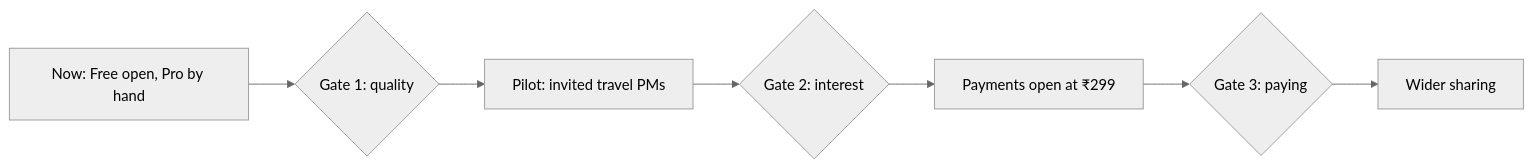
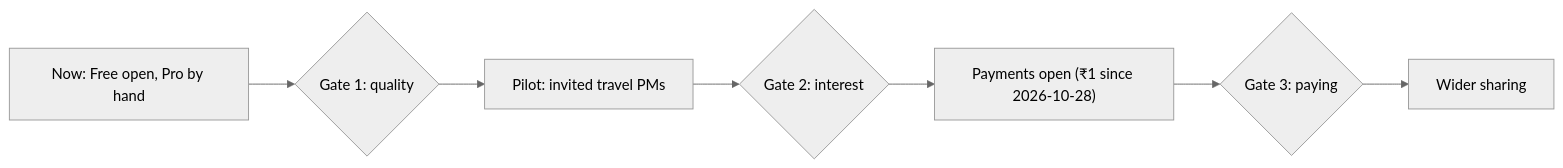
Before and after one commit to bhawnamanglapm/travel-problem-radar-case-study: the diagram in pm/05-business-case-and-launch/go-to-market.md, drawn with Mermaid (neutral theme). The commit also changed other lines of this file and 3 other files, not shown here.

````diff
--- a/pm/05-business-case-and-launch/go-to-market.md
+++ b/pm/05-business-case-and-launch/go-to-market.md
@@ -68,9 +69,9 @@
 ```mermaid
 flowchart LR
   S0["Now: Free open, Pro by hand"] --> G1{"Gate 1: quality"}
   G1 --> S1["Pilot: invited travel PMs"]
   S1 --> G2{"Gate 2: interest"}
-  G2 --> S2["Payments open at ₹299"]
+  G2 --> S2["Payments open (₹1 since 2026-10-28)"]
   S2 --> G3{"Gate 3: paying"}
   G3 --> S3["Wider sharing"]
 ```
````
